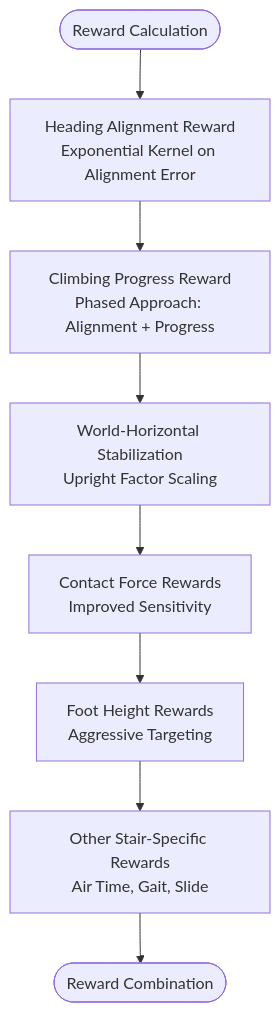
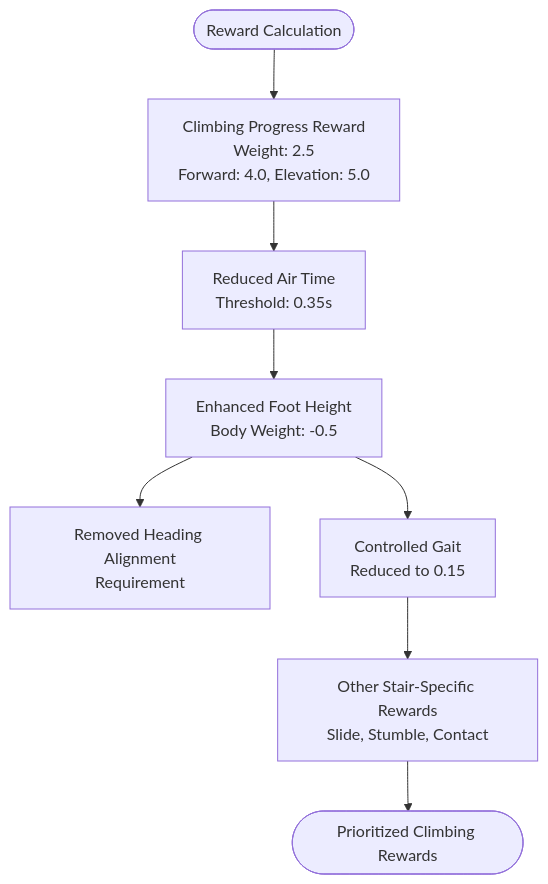
The seventh of 9 diagrams in .qoder/repowiki/en/content/ZSIBOT ZSL1 Stair Climbing Configuration.md (jayjayhust/robot_lab), drawn with Mermaid before and after one commit. The commit also changed other lines of this file and 6 other files, not shown here.

````diff
--- a/.qoder/repowiki/en/content/ZSIBOT ZSL1 Stair Climbing Configuration.md
+++ b/.qoder/repowiki/en/content/ZSIBOT ZSL1 Stair Climbing Configuration.md
@@ -336,10 +389,10 @@
 ```mermaid
 flowchart TD
-REWARDS_START([Reward Calculation]) --> HEADING_ALIGN["Heading Alignment Reward<br/>Exponential Kernel on Alignment Error"]
-HEADING_ALIGN --> CLIMB_PROGRESS["Climbing Progress Reward<br/>Phased Approach: Alignment + Progress"]
-CLIMB_PROGRESS --> WORLD_STAB["World-Horizontal Stabilization<br/>Upright Factor Scaling"]
-WORLD_STAB --> CONTACT_FORCE["Contact Force Rewards<br/>Improved Sensitivity"]
-CONTACT_FORCE --> FEET_HEIGHT["Foot Height Rewards<br/>Aggressive Targeting"]
-FEET_HEIGHT --> OTHER_REWARDS["Other Stair-Specific Rewards<br/>Air Time, Gait, Slide"]
-OTHER_REWARDS --> REWARDS_END([Reward Combination])
+REWARDS_START([Reward Calculation]) --> CLIMB_PROGRESS["Climbing Progress Reward<br/>Weight: 2.5<br/>Forward: 4.0, Elevation: 5.0"]
+CLIMB_PROGRESS --> REDUCED_AIR_TIME["Reduced Air Time<br/>Threshold: 0.35s"]
+REDUCED_AIR_TIME --> ENHANCED_FOOT_HEIGHT["Enhanced Foot Height<br/>Body Weight: -0.5"]
+ENHANCED_FOOT_HEIGHT --> REMOVED_HEADING["Removed Heading Alignment<br/>Requirement"]
+ENHANCED_FOOT_HEIGHT --> CONTROLLED_GAIT["Controlled Gait<br/>Reduced to 0.15"]
+CONTROLLED_GAIT --> OTHER_REWARDS["Other Stair-Specific Rewards<br/>Slide, Stumble, Contact"]
+OTHER_REWARDS --> REWARDS_END([Prioritized Climbing Rewards])
 ```
````
